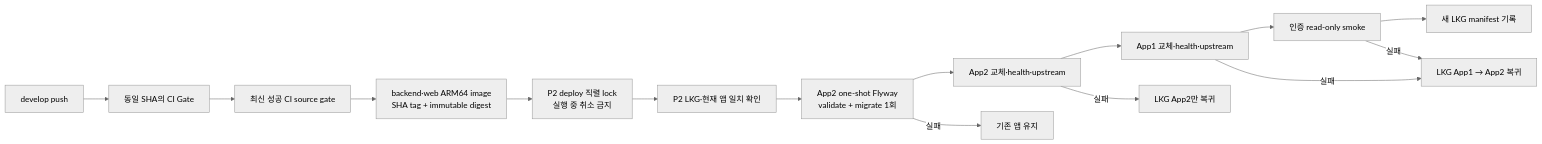
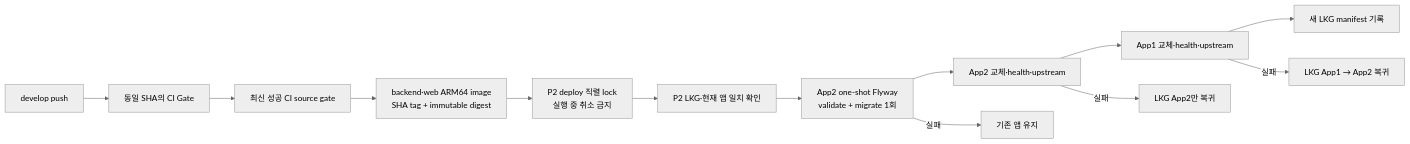
Before and after one commit to bamsongi-club/albam-mate: the diagram in docs/guides/CD_DEPLOYMENT.md, drawn with Mermaid (neutral theme). The commit also changed other lines of this file, not shown here.

Commit message:
docs: P2 CD 배포 순서에서 인증 smoke 제거 반영

````diff
--- a/docs/guides/CD_DEPLOYMENT.md
+++ b/docs/guides/CD_DEPLOYMENT.md
@@ -14,17 +14,15 @@
 ```mermaid
 flowchart LR
     PUSH["develop push"] --> CI["동일 SHA의 CI Gate"]
     CI --> SOURCE["최신 성공 CI source gate"]
     SOURCE --> BUILD["backend·web ARM64 image\nSHA tag + immutable digest"]
     BUILD --> LOCK["P2 deploy 직렬 lock\n실행 중 취소 금지"]
     LOCK --> PRECHECK["P2 LKG·현재 앱 일치 확인"]
     PRECHECK --> MIGRATE["App2 one-shot Flyway\nvalidate + migrate 1회"]
     MIGRATE --> APP2["App2 교체·health·upstream"]
     APP2 --> APP1["App1 교체·health·upstream"]
-    APP1 --> SMOKE["인증 read-only smoke"]
-    SMOKE --> LKG["새 LKG manifest 기록"]
+    APP1 --> LKG["새 LKG manifest 기록"]
     MIGRATE -->|"실패"| KEEP["기존 앱 유지"]
     APP2 -->|"실패"| ROLLBACK["LKG App2만 복귀"]
     APP1 -->|"실패"| ROLLBACKALL["LKG App1 → App2 복귀"]
-    SMOKE -->|"실패"| ROLLBACKALL
 ```
````
